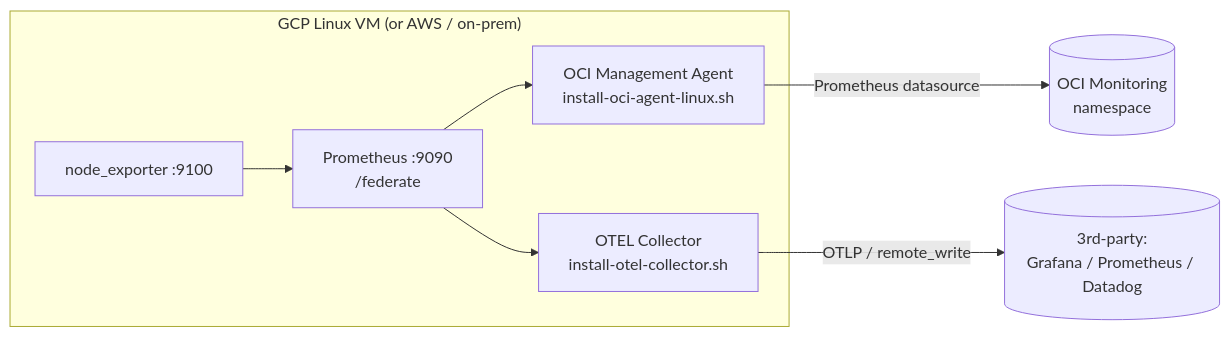
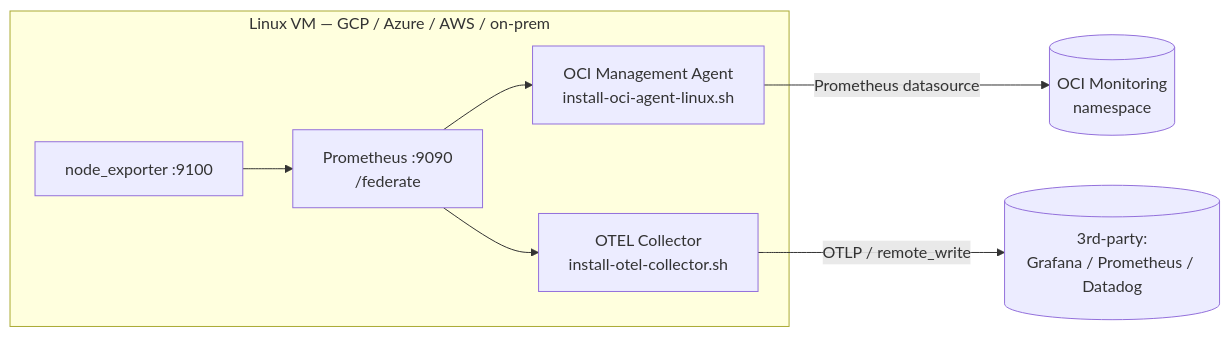
The second of 3 diagrams in README.md (adibirzu/oci-prometheus-otel-monitoring), drawn with Mermaid before and after one commit. The commit also changed other lines of this file and 4 other files, not shown here.

First line of the commit message:
feat: validate cross-cloud OCI Monitoring on Azure + AWS (in addition to GCP)

````diff
--- a/README.md
+++ b/README.md
@@ -121,10 +121,10 @@
 ```mermaid
 flowchart LR
-  subgraph GCP["GCP Linux VM (or AWS / on-prem)"]
+  subgraph GCP["Linux VM — GCP / Azure / AWS / on-prem"]
     NE[node_exporter :9100] --> PP[Prometheus :9090<br/>/federate]
     PP --> MA[OCI Management Agent<br/>install-oci-agent-linux.sh]
     PP --> OC[OTEL Collector<br/>install-otel-collector.sh]
   end
   MA -->|Prometheus datasource| OM[(OCI Monitoring<br/>namespace)]
   OC -->|OTLP / remote_write| TP[(3rd-party:<br/>Grafana / Prometheus / Datadog)]
 ```
````
